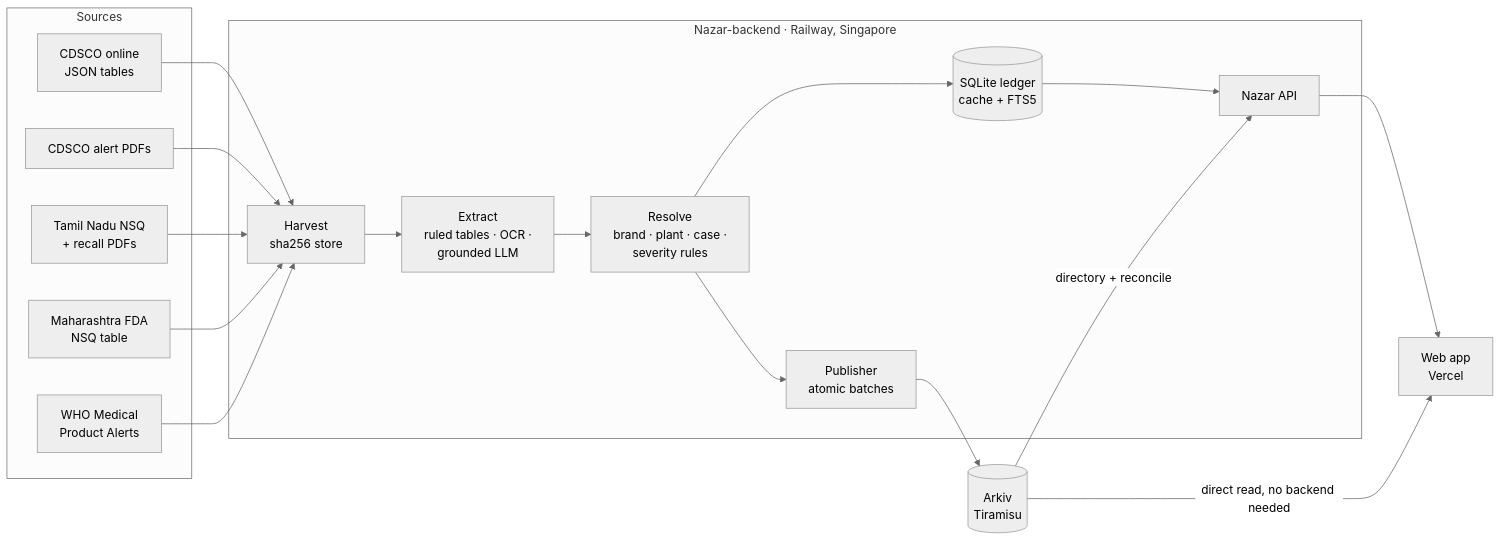
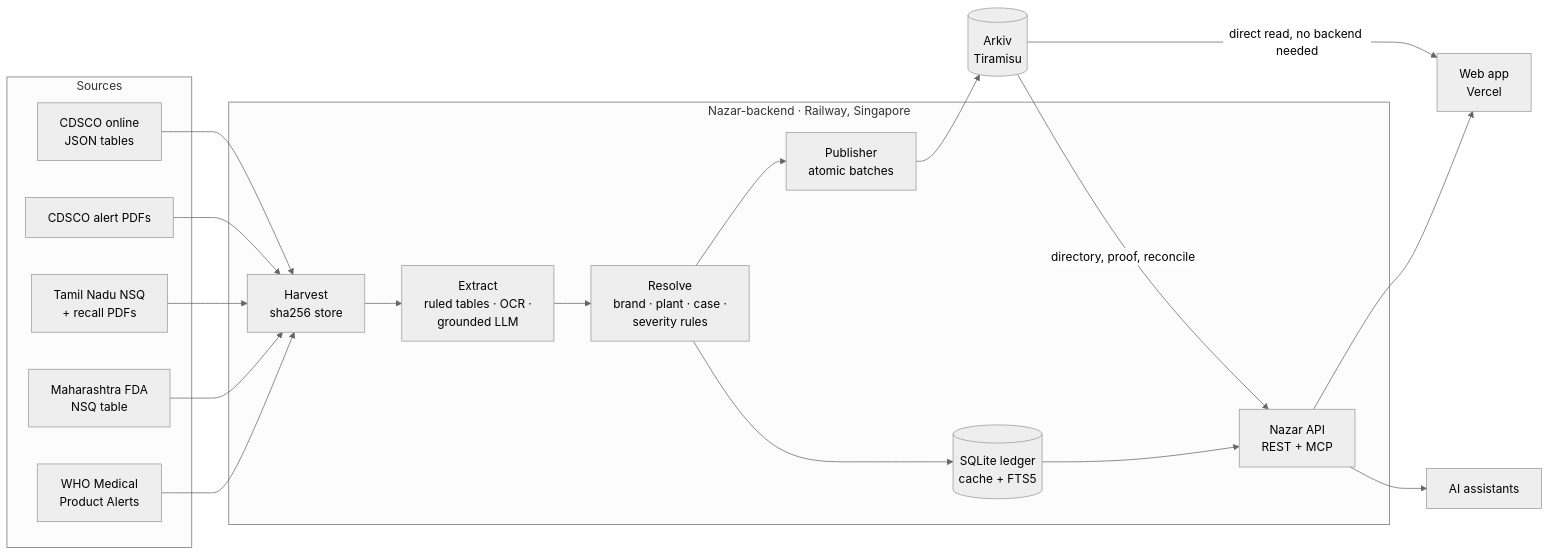
Before and after one commit to pranshurastogi/Nazar: the diagram in README.md, drawn with Mermaid (neutral theme). The commit also changed other lines of this file and 3 other files, not shown here.

````diff
--- a/README.md
+++ b/README.md
@@ -125,24 +519,26 @@
 ```mermaid
 flowchart LR
   subgraph Sources
     A[CDSCO online<br/>JSON tables]
     B[CDSCO alert PDFs]
     C[Tamil Nadu NSQ<br/>+ recall PDFs]
     D[Maharashtra FDA<br/>NSQ table]
     E[WHO Medical<br/>Product Alerts]
   end
   subgraph Railway [Nazar-backend · Railway, Singapore]
     H[Harvest<br/>sha256 store]
     X[Extract<br/>ruled tables · OCR ·<br/>grounded LLM]
     R[Resolve<br/>brand · plant · case ·<br/>severity rules]
     P[Publisher<br/>atomic batches]
     L[(SQLite ledger<br/>cache + FTS5)]
-    I[Nazar API]
+    I[Nazar API<br/>REST + MCP]
   end
   K[(Arkiv<br/>Tiramisu)]
   W[Web app<br/>Vercel]
+  G[AI assistants]
   A & B & C & D & E --> H --> X --> R --> P --> K
   R --> L --> I --> W
+  I --> G
   K -- "direct read, no backend needed" --> W
-  K -- "directory + reconcile" --> I
+  K -- "directory, proof, reconcile" --> I
 ```
````
